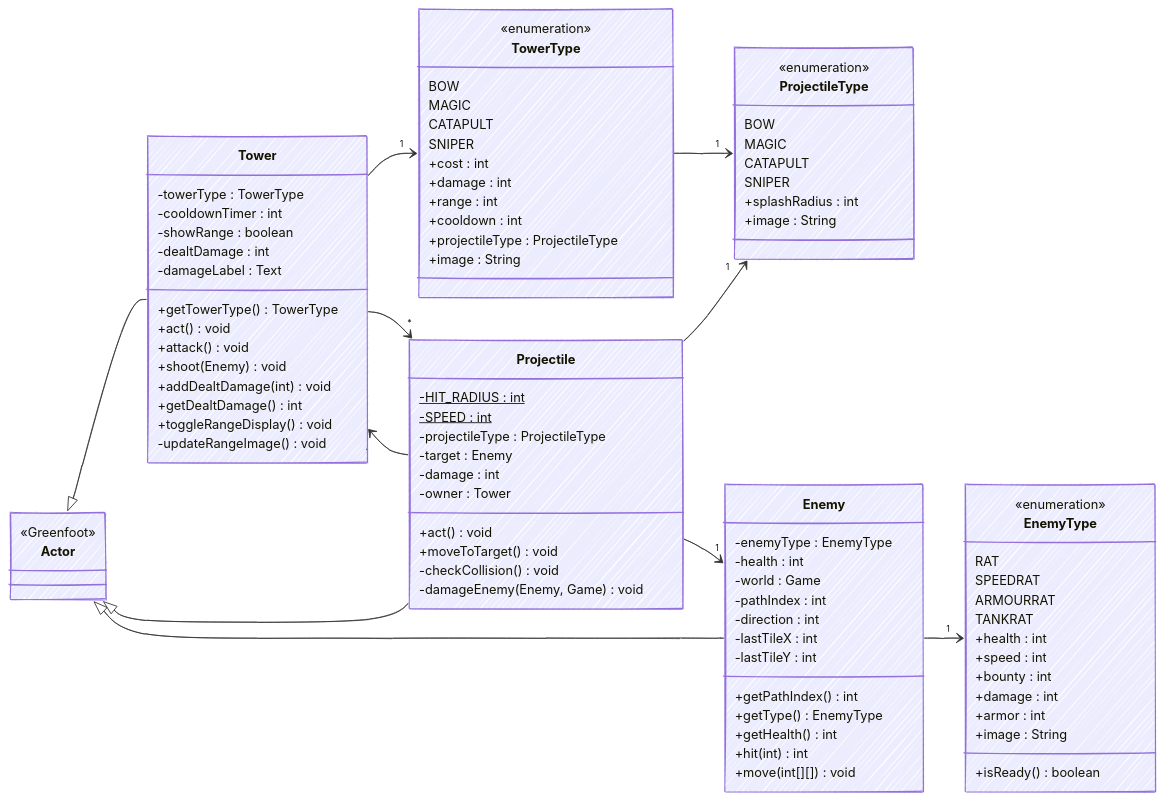
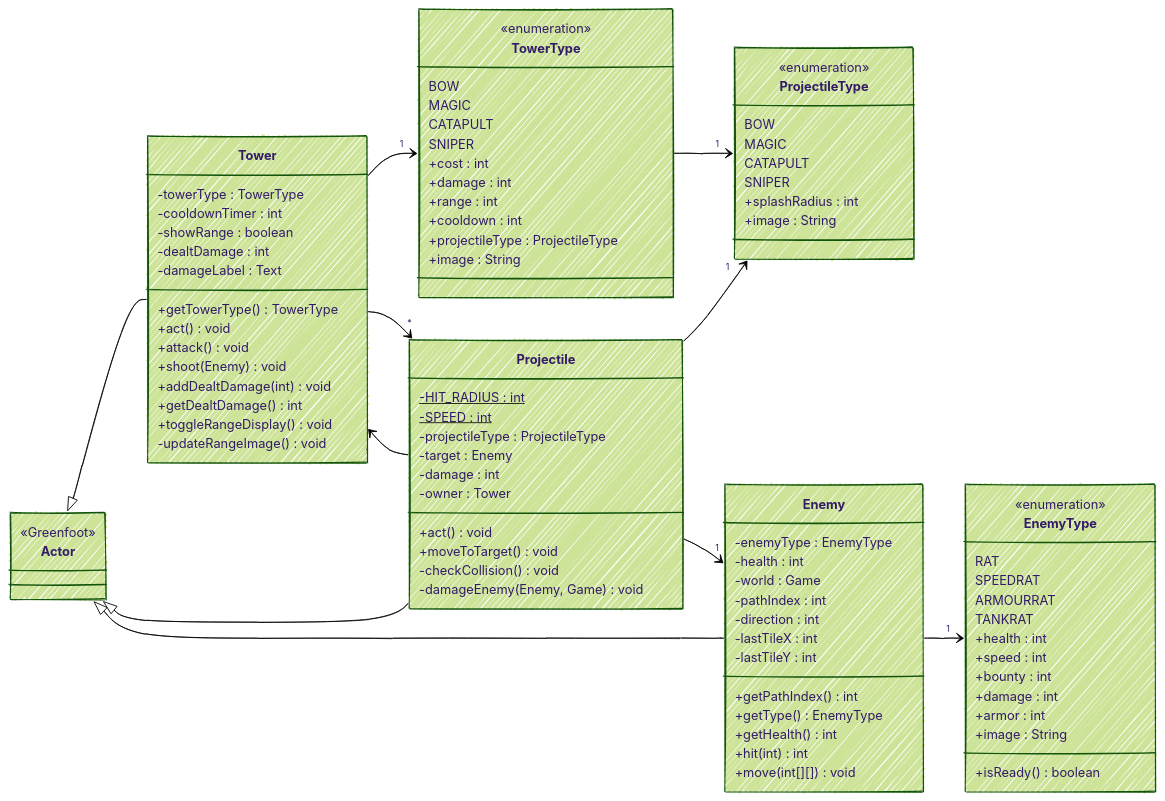
Before and after one commit to MaxZoelfl/TowerDefense: the first of 7 diagrams in handbook.md, drawn with Mermaid.

```diff
--- a/handbook.md
+++ b/handbook.md
@@ -20,7 +20,7 @@
 ---
 config:
     look: handDrawn
-    theme: default
+    theme: forest
 ---
 classDiagram
     direction LR
```
